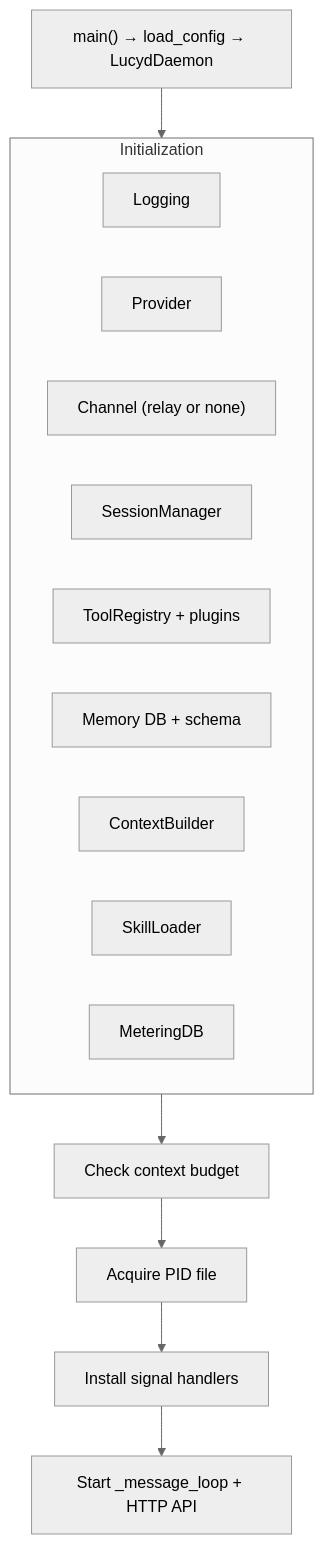
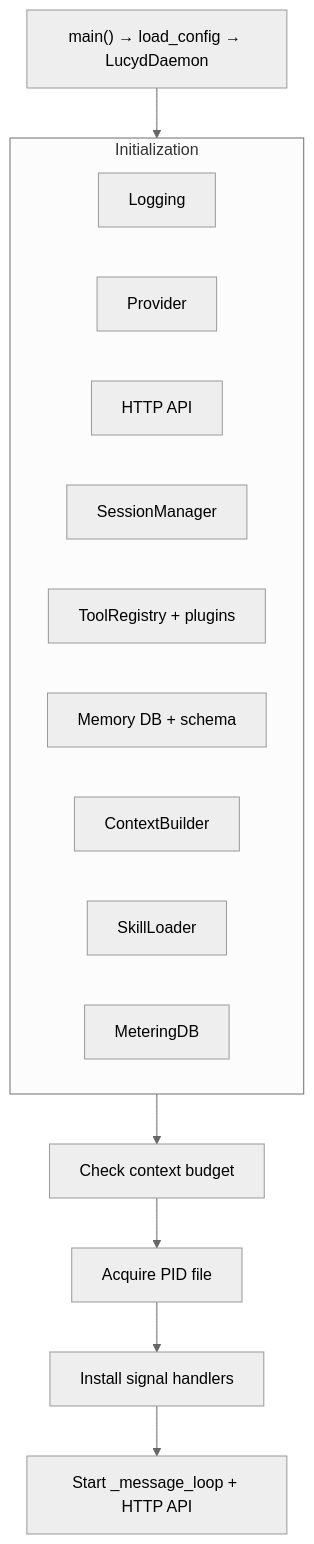
The tenth of 10 diagrams in docs/diagrams.md (nicolasforstinger/lucyd), drawn with Mermaid (neutral theme) before and after one commit. The commit also changed other lines of this file and 8 other files, not shown here.

````diff
--- a/docs/diagrams.md
+++ b/docs/diagrams.md
@@ -361,24 +357,24 @@
 ```mermaid
 flowchart TD
     MAIN["main() → load_config → LucydDaemon"]
 
     subgraph Init["Initialization"]
         LOG["Logging"]
         PROVIDER["Provider"]
-        CHANNEL["Channel (relay or none)"]
+        HTTP["HTTP API"]
         SESSION["SessionManager"]
         TOOLS["ToolRegistry + plugins"]
         MEMORY["Memory DB + schema"]
         CONTEXT["ContextBuilder"]
         SKILLS["SkillLoader"]
         METER["MeteringDB"]
     end
 
     BUDGET["Check context budget"]
     PID["Acquire PID file"]
     SIGNALS["Install signal handlers"]
     RUN["Start _message_loop + HTTP API"]
 
     MAIN --> Init
     Init --> BUDGET --> PID --> SIGNALS --> RUN
 ```
````
